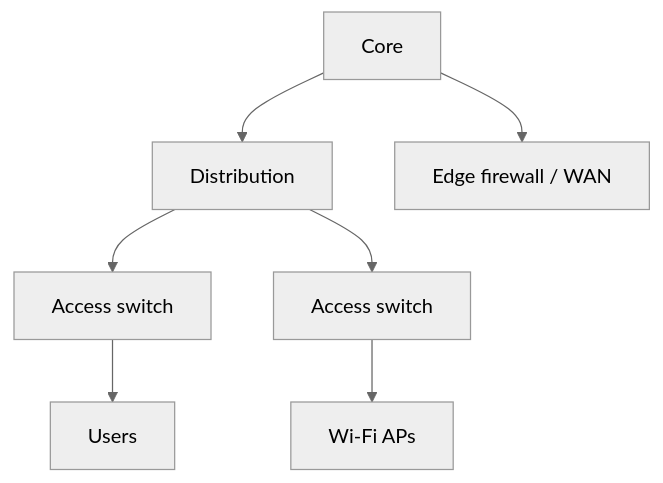
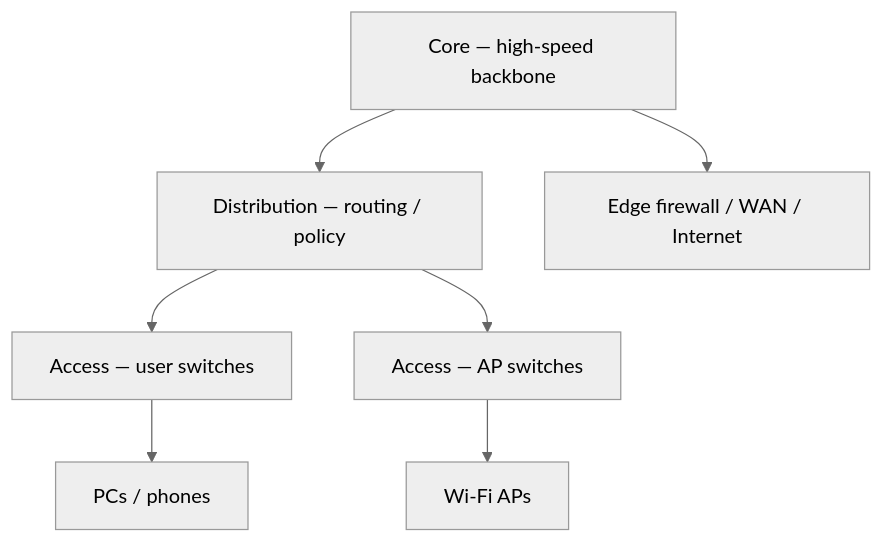
Before and after one commit to omnayak27199/pktana: the eighth of 11 diagrams in learning/08-topologies.md, drawn with Mermaid (neutral theme). The commit also changed other lines of this file and 14 other files, not shown here.

````diff
--- a/learning/08-topologies.md
+++ b/learning/08-topologies.md
@@ -49,9 +212,9 @@
 ```mermaid
 flowchart TB
-  Core[Core] --> Dist[Distribution]
-  Dist --> Acc1[Access switch]
-  Dist --> Acc2[Access switch]
-  Acc1 --> PCs[Users]
-  Acc2 --> APs[Wi‑Fi APs]
-  Core --> Edge[Edge firewall / WAN]
+  Core[Core — high-speed backbone] --> Dist[Distribution — routing / policy]
+  Dist --> Acc1[Access — user switches]
+  Dist --> Acc2[Access — AP switches]
+  Acc1 --> Users[PCs / phones]
+  Acc2 --> APs[Wi-Fi APs]
+  Core --> Edge[Edge firewall / WAN / Internet]
 ```
````
